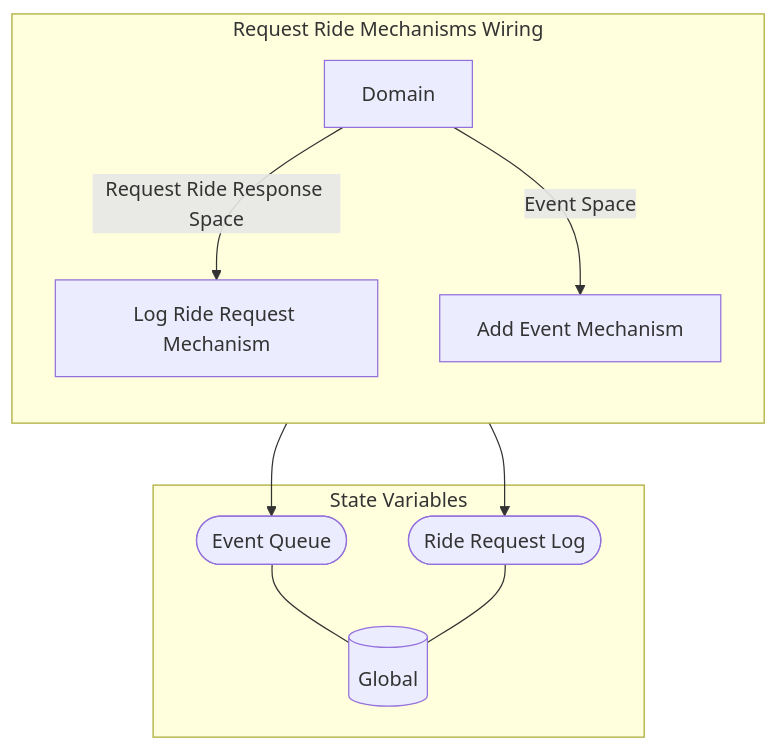
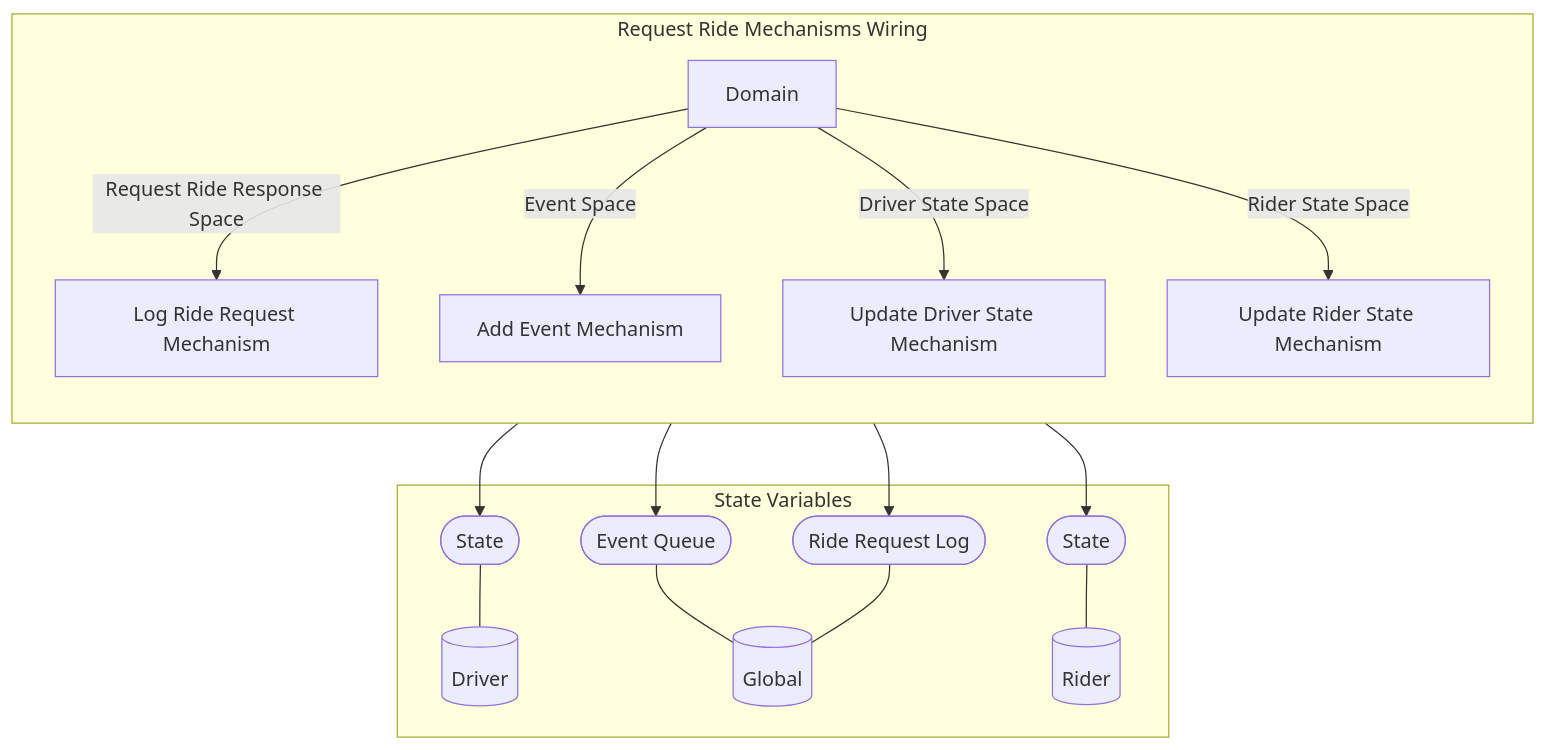
The diagram in reports/markdown/Wiring/Request Ride Mechanisms Wiring.md (BlockScience/rideshare-model), drawn with Mermaid before and after one commit. The commit also changed other lines of this file and 19 other files, not shown here.

````diff
--- a/reports/markdown/Wiring/Request Ride Mechanisms Wiring.md
+++ b/reports/markdown/Wiring/Request Ride Mechanisms Wiring.md
@@ -3,25 +3,37 @@
 ```mermaid
 graph TB
 
 subgraph SVS["State Variables"]
-EE0[("Global")]
-EES0(["Event Queue"])
+EE0[("Driver")]
+EE1[("Global")]
+EE2[("Rider")]
+EES0(["State"])
 EES0 --- EE0
-EES1(["Ride Request Log"])
-EES1 --- EE0
+EES1(["Event Queue"])
+EES1 --- EE1
+EES2(["Ride Request Log"])
+EES2 --- EE1
+EES3(["State"])
+EES3 --- EE2
 end
 
-subgraph X5["Request Ride Mechanisms Wiring"]
+subgraph X7["Request Ride Mechanisms Wiring"]
 direction TB
 X1["Log Ride Request Mechanism"]
-X1 --> EES1
+X1 --> EES2
 X2["Add Event Mechanism"]
-X2 --> EES0
-X3[Domain]
+X2 --> EES1
+X3["Update Driver State Mechanism"]
+X3 --> EES0
+X4["Update Rider State Mechanism"]
+X4 --> EES3
+X5[Domain]
 
 direction LR
 direction TB
-X3 --"Request Ride Response Space"--> X1
-X3 --"Event Space"--> X2
+X5 --"Request Ride Response Space"--> X1
+X5 --"Event Space"--> X2
+X5 --"Driver State Space"--> X3
+X5 --"Rider State Space"--> X4
 end
 ```
````
